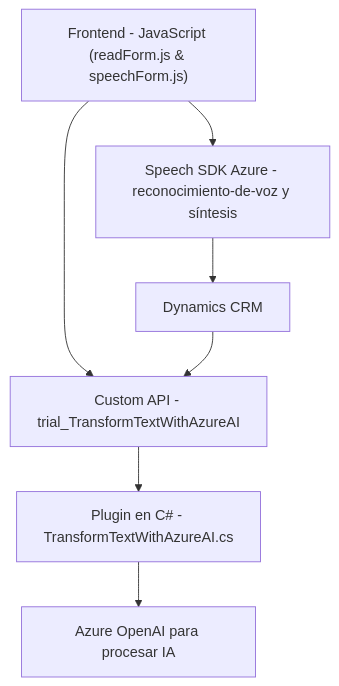
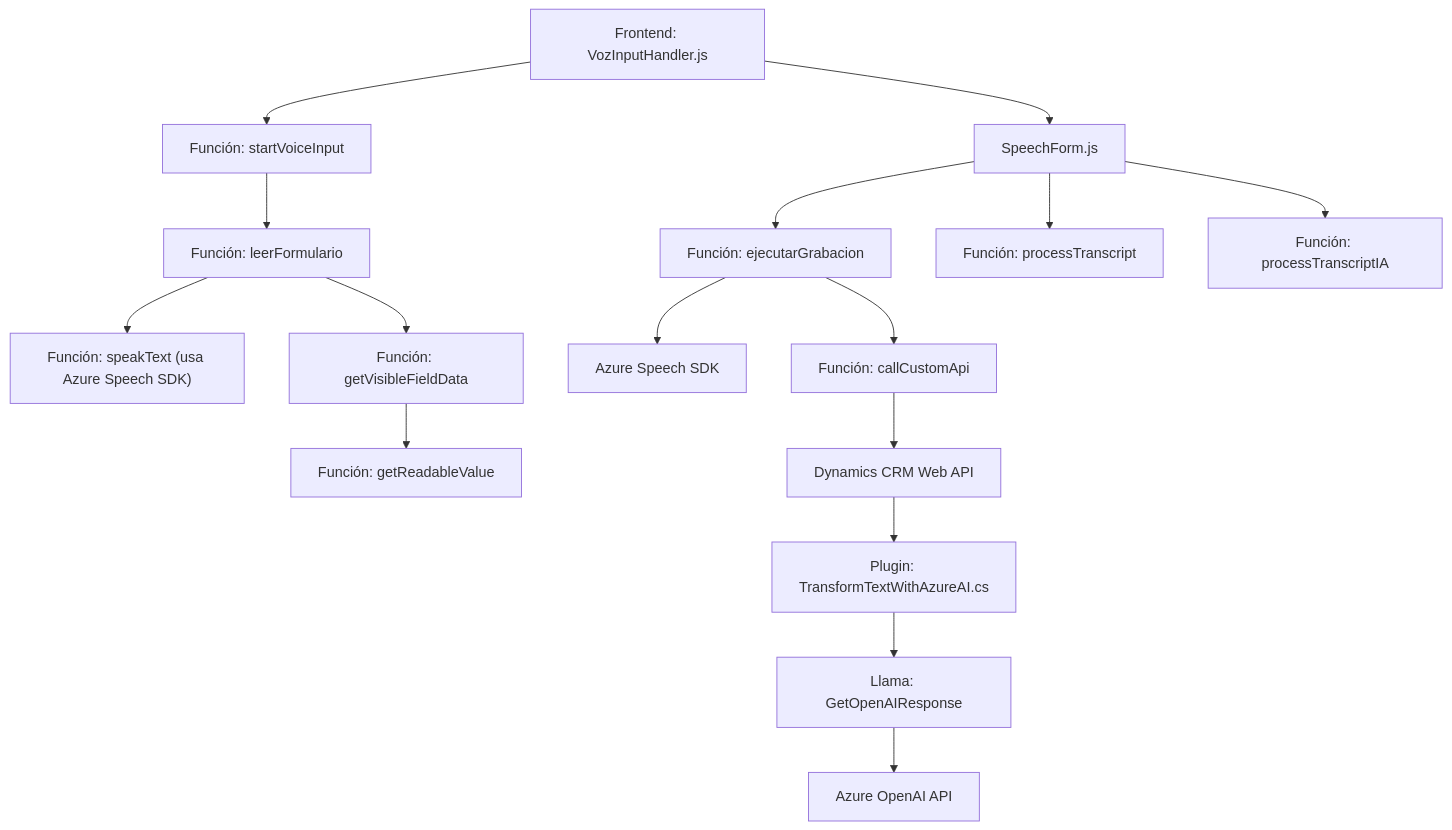
The diagram in README.md (blopezdm/NETCORE_BILBAO2025), drawn with Mermaid before and after one commit. The commit also changed other lines of this file, not shown here.

````diff
--- a/README.md
+++ b/README.md
@@ -44,16 +38,18 @@
 ```mermaid
 graph TD
-    A["Frontend - JavaScript (readForm.js & speechForm.js)"]
-    B["Speech SDK Azure - reconocimiento-de-voz y síntesis"]
-    C["Azure OpenAI para procesar IA"]
-    D["Custom API - trial_TransformTextWithAzureAI"]
-    E["Plugin en C# - TransformTextWithAzureAI.cs"]
-    F["Dynamics CRM"]
-
-    A --> B
-    B --> F
-    A --> D
-    D --> E
-    E --> C
-    F --> D
+  A["Frontend: VozInputHandler.js"] --> B["Función: startVoiceInput"]
+  B --> C["Función: leerFormulario"]
+  C --> D["Función: speakText (usa Azure Speech SDK)"]
+  C --> E["Función: getVisibleFieldData"]
+  E --> F["Función: getReadableValue"]
+  A --> G["SpeechForm.js"]
+  G --> H["Función: ejecutarGrabacion"]
+  H --> I["Azure Speech SDK"]
+  H --> J["Función: callCustomApi"]
+  J --> K["Dynamics CRM Web API"]
+  G --> L["Función: processTranscript"]
+  G --> M["Función: processTranscriptIA"]
+  K --> N["Plugin: TransformTextWithAzureAI.cs"]
+  N --> O["Llama: GetOpenAIResponse"]
+  O --> P["Azure OpenAI API"]
 ```
````
